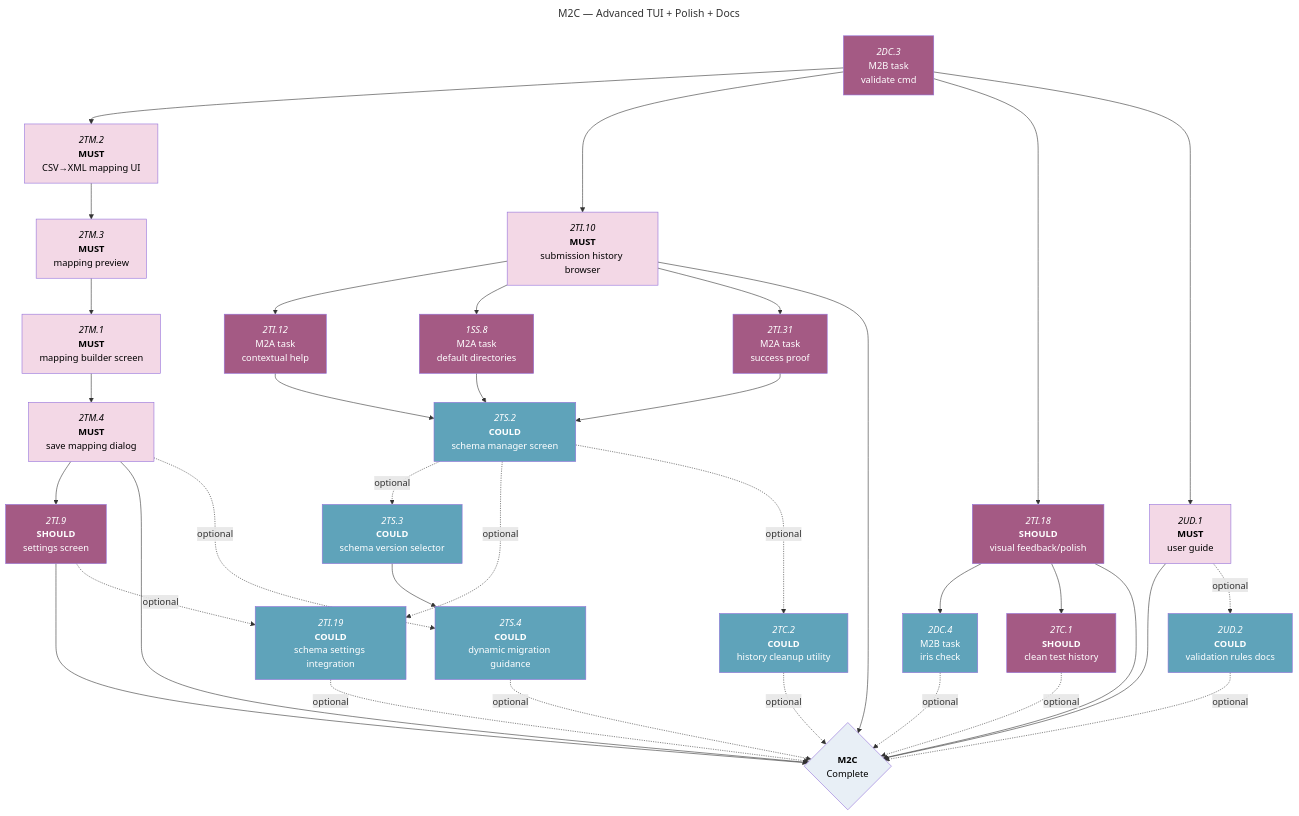
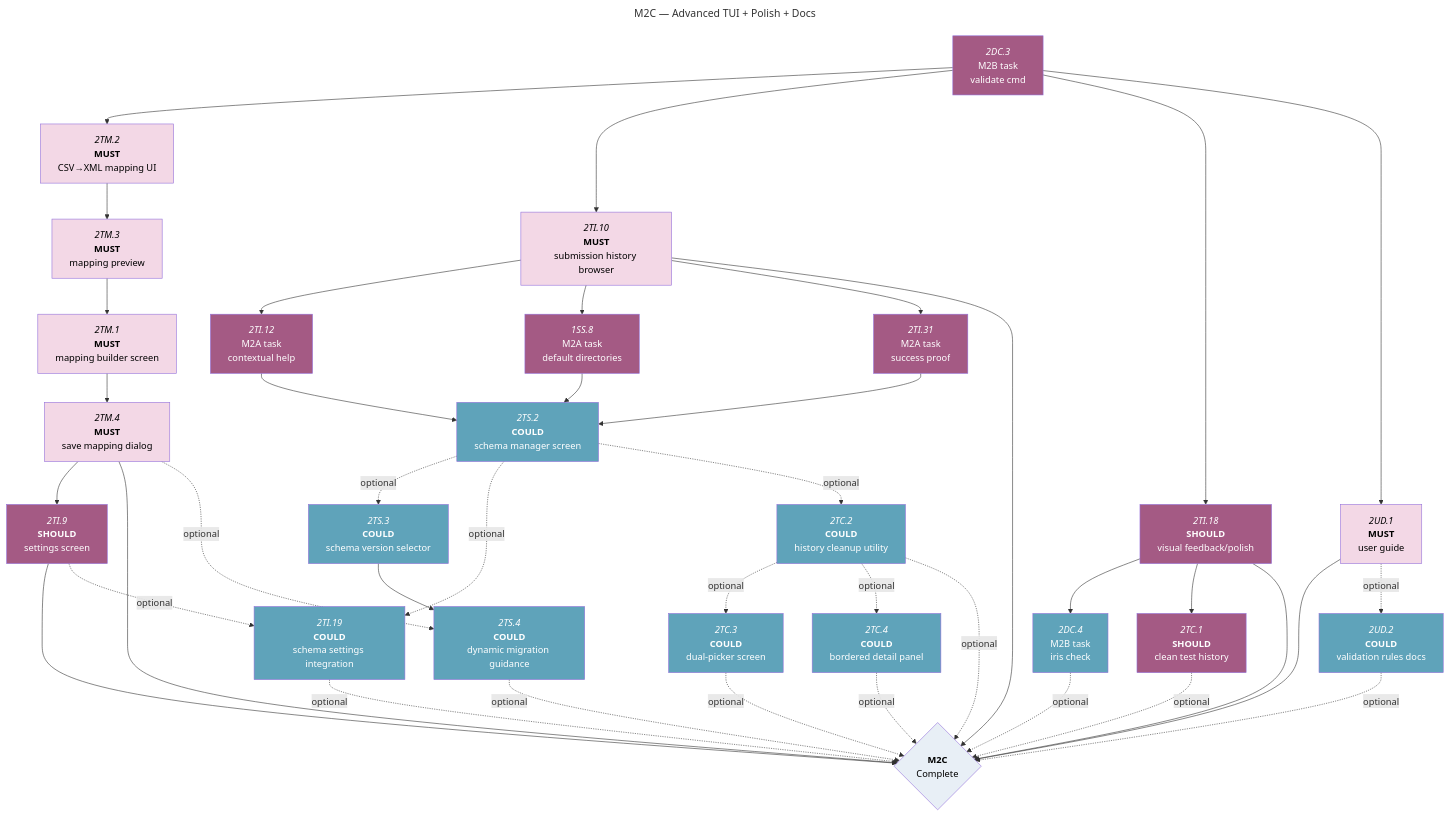
One commit to foundersandcoders/iris changed the fourth of 5 diagrams in docs/roadmaps/phase-1-mvp-features.md. Above: the diagram before and after it, drawn with Mermaid. The commit also changed other lines of this file, not shown here.

Commit message:
docs: update roadmap

````diff
--- a/docs/roadmaps/phase-1-mvp-features.md
+++ b/docs/roadmaps/phase-1-mvp-features.md
@@ -248,53 +241,56 @@
 ```mermaid
 ---
 title: M2C — Advanced TUI + Polish + Docs
 ---
 graph TD
 
 2DC.3["`*2DC.3*<br/>M2B task<br/>validate cmd`"]:::should-blocked
 
 2DC.3 --> 2TM.2 & 2TI.10 & 2TI.18 & 2UD.1
 
 2TM.2["`*2TM.2*<br/>**MUST**<br/>CSV→XML mapping UI`"]:::must-blocked --> 2TM.3
 2TM.3["`*2TM.3*<br/>**MUST**<br/>mapping preview`"]:::must-blocked --> 2TM.1
 2TM.1["`*2TM.1*<br/>**MUST**<br/>mapping builder screen`"]:::must-blocked --> 2TM.4
 2TM.4["`*2TM.4*<br/>**MUST**<br/>save mapping dialog`"]:::must-blocked --> 2TI.9
 
 2TI.9["`*2TI.9*<br/>**SHOULD**<br/>settings screen`"]:::should-blocked
 
 2TI.10["`*2TI.10*<br/>**MUST**<br/>submission history browser`"]:::must-blocked
 2TI.18["`*2TI.18*<br/>**SHOULD**<br/>visual feedback/polish`"]:::should-blocked
 2TC.1["`*2TC.1*<br/>**SHOULD**<br/>clean test history`"]:::should-blocked
 2UD.1["`*2UD.1*<br/>**MUST**<br/>user guide`"]:::must-blocked
 2UD.2["`*2UD.2*<br/>**COULD**<br/>validation rules docs`"]:::could-blocked
 2TC.2["`*2TC.2*<br/>**COULD**<br/>history cleanup utility`"]:::could-blocked
+2TC.3["`*2TC.3*<br/>**COULD**<br/>dual-picker screen`"]:::could-blocked
+2TC.4["`*2TC.4*<br/>**COULD**<br/>bordered detail panel`"]:::could-blocked
 
 2TI.12["`*2TI.12*<br/>M2A task<br/>contextual help`"]:::should-blocked
 1SS.8["`*1SS.8*<br/>M2A task<br/>default directories`"]:::should-blocked
 2TI.31["`*2TI.31*<br/>M2A task<br/>success proof`"]:::should-blocked
 2TS.2["`*2TS.2*<br/>**COULD**<br/>schema manager screen`"]:::could-blocked
 2TS.3["`*2TS.3*<br/>**COULD**<br/>schema version selector`"]:::could-blocked --> 2TS.4
 2TS.4["`*2TS.4*<br/>**COULD**<br/>dynamic migration guidance`"]:::could-blocked
 2TI.19["`*2TI.19*<br/>**COULD**<br/>schema settings integration`"]:::could-blocked
 
 2DC.4["`*2DC.4*<br/>M2B task<br/>iris check`"]:::could-blocked
 
 %% Required dependencies %%
 2TI.10 --> 2TI.12 & 1SS.8 & 2TI.31
 2TI.12 & 1SS.8 & 2TI.31 --> 2TS.2
 2TI.18 --> 2DC.4 & 2TC.1
 2TI.9 & 2TI.10 & 2TI.18 & 2UD.1 & 2TM.4 --> phase1
 phase1{"`**M2C**<br/>Complete`"}:::mile
 
 %% Optional dependencies %%
 2UD.1 -.->|optional| 2UD.2
 2TI.9 -.->|optional| 2TI.19
 2TM.4 -.->|optional| 2TS.4
 2TS.2 -.->|optional| 2TS.3 & 2TI.19 & 2TC.2
-2TI.19 & 2TS.4 & 2UD.2 & 2DC.4 & 2TC.1 & 2TC.2 -.->|optional| phase1
+2TC.2 -.->|optional| 2TC.3 & 2TC.4
+2TI.19 & 2TS.4 & 2UD.2 & 2DC.4 & 2TC.1 & 2TC.2 & 2TC.3 & 2TC.4 -.->|optional| phase1
 
 classDef must-blocked fill:#F3D8E6,color:#000;
 classDef should-blocked fill:#A45A84,color:#fff;
 classDef could-blocked fill:#5FA3BA,color:#fff;
 classDef mile fill:#E8EFF6,color:#000;
 ```
````
